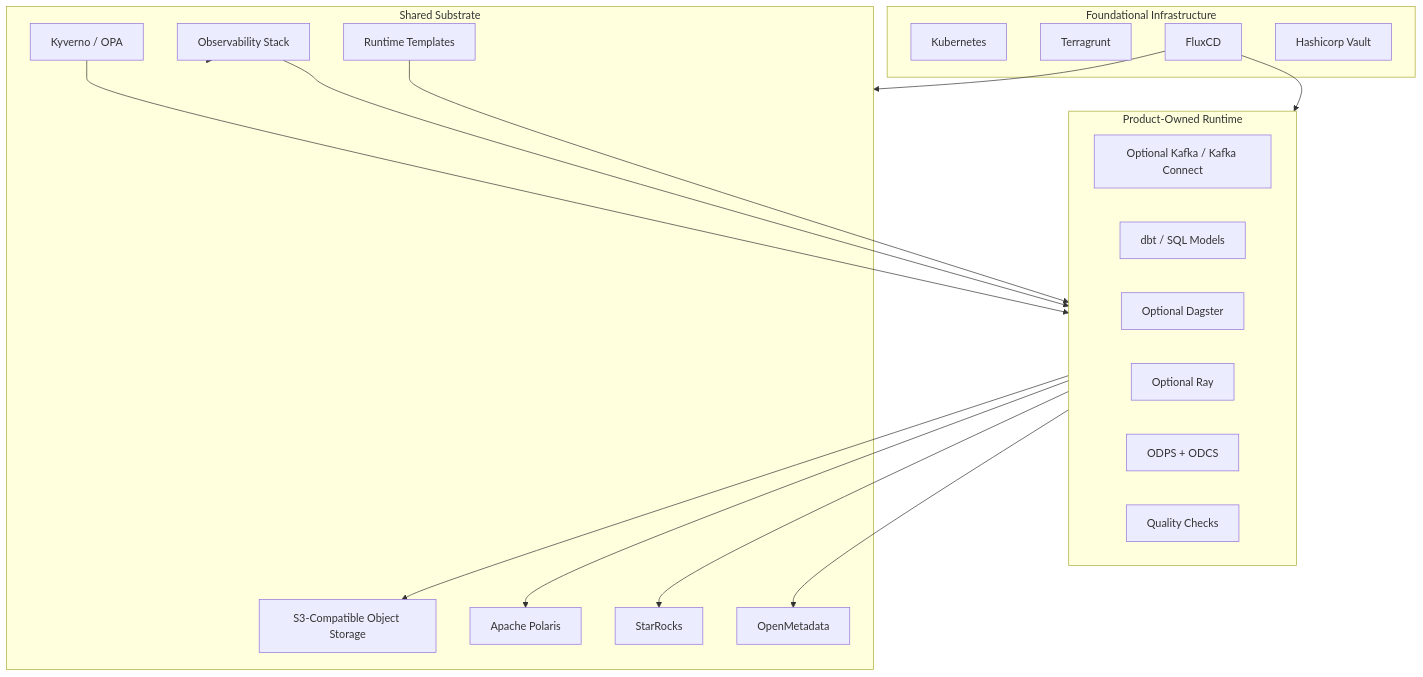
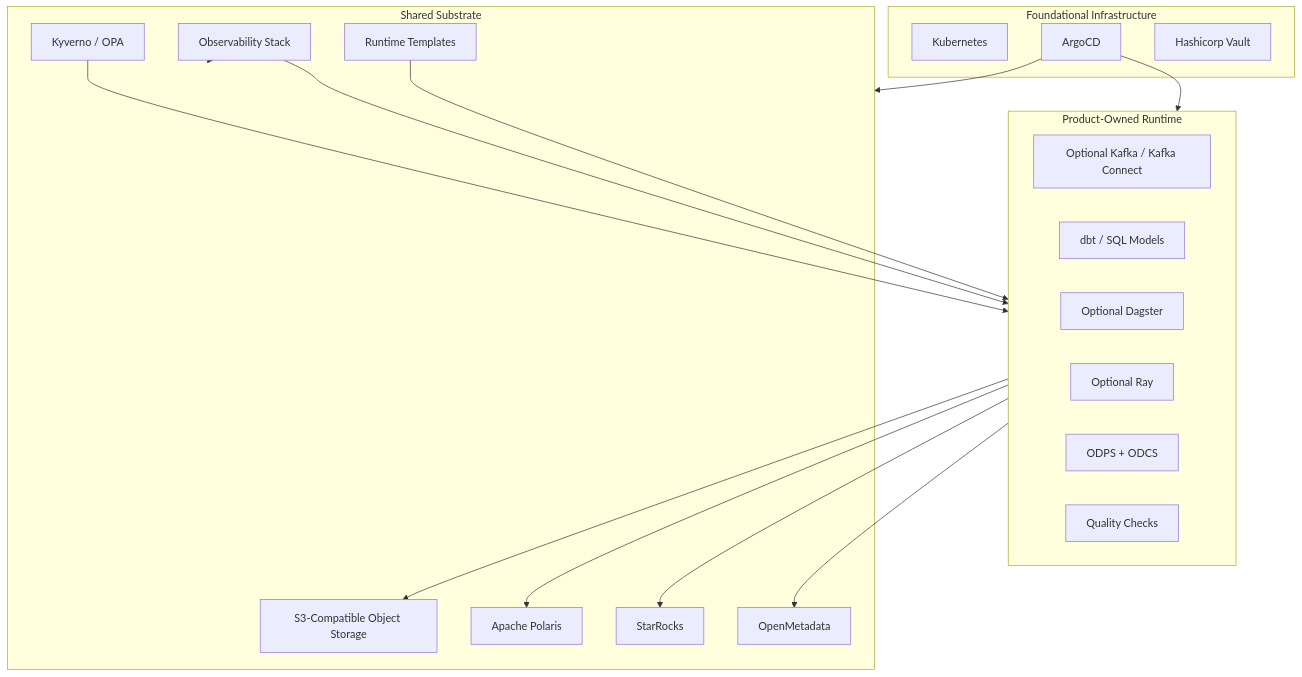
One commit to DecentraB/datahive-platform changed the second of 2 diagrams in README.md. Above: the diagram before and after it, drawn with Mermaid. The commit also changed other lines of this file and 1 other file, not shown here.

Commit message:
docs: use ArgoCD instead of FluxCD

````diff
--- a/README.md
+++ b/README.md
@@ -138,39 +138,38 @@
 ```mermaid
 flowchart TB
     subgraph Foundation["Foundational Infrastructure"]
         Cluster["Kubernetes"]
-        Bootstrap["Terragrunt"]
-        Flux["FluxCD"]
+        ArgoCD["ArgoCD"]
         Vault["Hashicorp Vault"]
     end
 
     subgraph Shared["Shared Substrate"]
         ObjectStore["S3-Compatible Object Storage"]
         Polaris["Apache Polaris"]
         StarRocks["StarRocks"]
         OpenMetadata["OpenMetadata"]
         Policy["Kyverno / OPA"]
         Observability["Observability Stack"]
         Templates["Runtime Templates"]
     end
 
     subgraph Products["Product-Owned Runtime"]
         IngestionRuntime["Optional Kafka / Kafka Connect"]
         SQLModels["dbt / SQL Models"]
         Dagster["Optional Dagster"]
         Ray["Optional Ray"]
         Contracts["ODPS + ODCS"]
         Quality["Quality Checks"]
     end
 
-    Flux --> Shared
-    Flux --> Products
+    ArgoCD --> Shared
+    ArgoCD --> Products
     Templates --> Products
     Products --> ObjectStore
     Products --> Polaris
     Products --> StarRocks
     Products --> OpenMetadata
     Policy --> Products
     Observability --> Shared
     Observability --> Products
 ```
````
